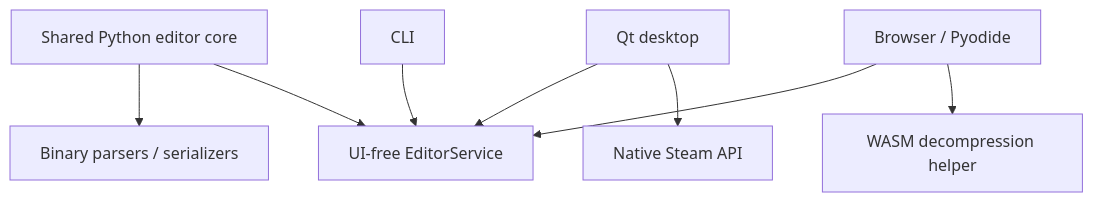
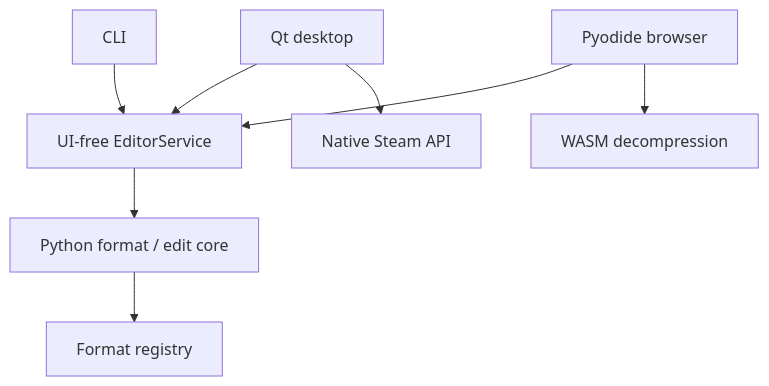
One commit to Dmitriy-DE/stalker-save-editor-showcase changed the diagram in README.md. Above: the diagram before and after it, drawn with Mermaid. The commit also changed other lines of this file, not shown here.

````diff
--- a/README.md
+++ b/README.md
@@ -23,23 +51,21 @@
-```mermaid
+~~~mermaid
 flowchart TB
-    CORE[Shared Python editor core]
-    PARSER[Binary parsers / serializers]
+    CORE[Python format / edit core]
     SERVICE[UI-free EditorService]
+    REG[Format registry]
+    QT[Qt desktop]
+    CLI[CLI]
+    WEB[Pyodide browser]
+    STEAM[Native Steam API]
+    WASM[WASM decompression]
 
-    DESKTOP[Qt desktop]
-    CLI[CLI]
-    WEB[Browser / Pyodide]
-
-    STEAM[Native Steam API]
-    WASM[WASM decompression helper]
-
-    CORE --> PARSER
-    CORE --> SERVICE
-
-    DESKTOP --> SERVICE
+    QT --> SERVICE
     CLI --> SERVICE
     WEB --> SERVICE
 
-    DESKTOP --> STEAM
+    SERVICE --> CORE
+    CORE --> REG
+
+    QT --> STEAM
     WEB --> WASM
-```
+~~~
````
